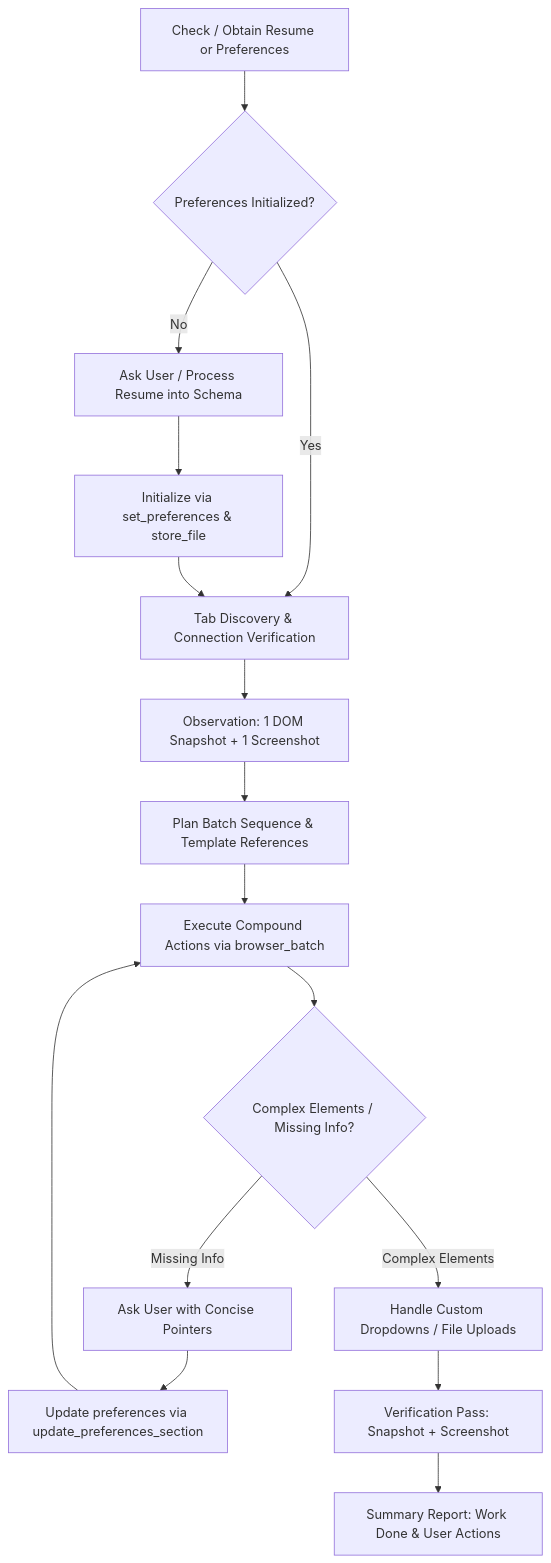
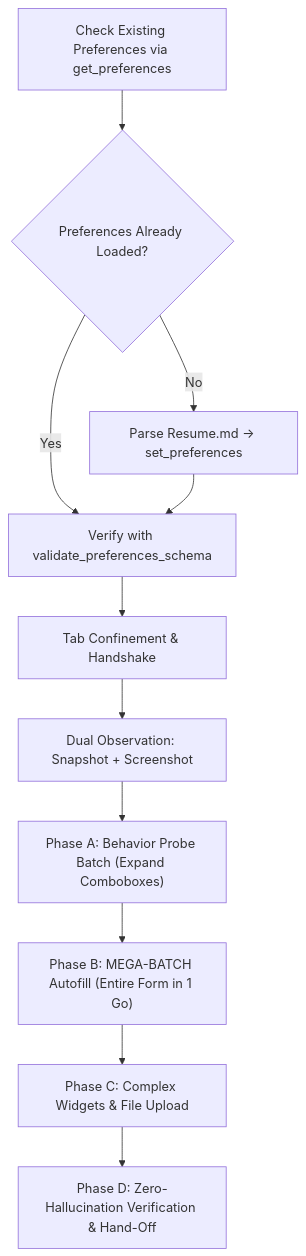
Before and after one commit to fschatbot/Resumate: the diagram in main/skill/SKILL.md, drawn with Mermaid. The commit also changed other lines of this file and 6 other files, not shown here.

````diff
--- a/main/skill/SKILL.md
+++ b/main/skill/SKILL.md
@@ -10,18 +12,13 @@
 ```mermaid
 flowchart TD
-    A["Check / Obtain Resume or Preferences"] --> B{"Preferences Initialized?"}
-    B -->|"No"| C["Ask User / Process Resume into Schema"]
-    C --> D["Initialize via set_preferences & store_file"]
-    B -->|"Yes"| E["Tab Discovery & Connection Verification"]
-    D --> E
-    E --> F["Observation: 1 DOM Snapshot + 1 Screenshot"]
-    F --> G["Plan Batch Sequence & Template References"]
-    G --> H["Execute Compound Actions via browser_batch"]
-    H --> I{"Complex Elements / Missing Info?"}
-    I -->|"Missing Info"| J["Ask User with Concise Pointers"]
-    J --> K["Update preferences via update_preferences_section"]
-    K --> H
-    I -->|"Complex Elements"| L["Handle Custom Dropdowns / File Uploads"]
-    L --> M["Verification Pass: Snapshot + Screenshot"]
-    M --> N["Summary Report: Work Done & User Actions"]
+    A["Check Existing Preferences via get_preferences"] --> B{"Preferences Already Loaded?"}
+    B -->|"Yes"| C["Verify with validate_preferences_schema"]
+    B -->|"No"| D["Parse Resume.md -> set_preferences"]
+    D --> C
+    C --> E["Tab Confinement & Handshake"]
+    E --> F["Dual Observation: Snapshot + Screenshot"]
+    F --> G["Phase A: Behavior Probe Batch (Expand Comboboxes)"]
+    G --> H["Phase B: MEGA-BATCH Autofill (Entire Form in 1 Go)"]
+    H --> I["Phase C: Complex Widgets & File Upload"]
+    I --> J["Phase D: Zero-Hallucination Verification & Hand-Off"]
 ```
````
